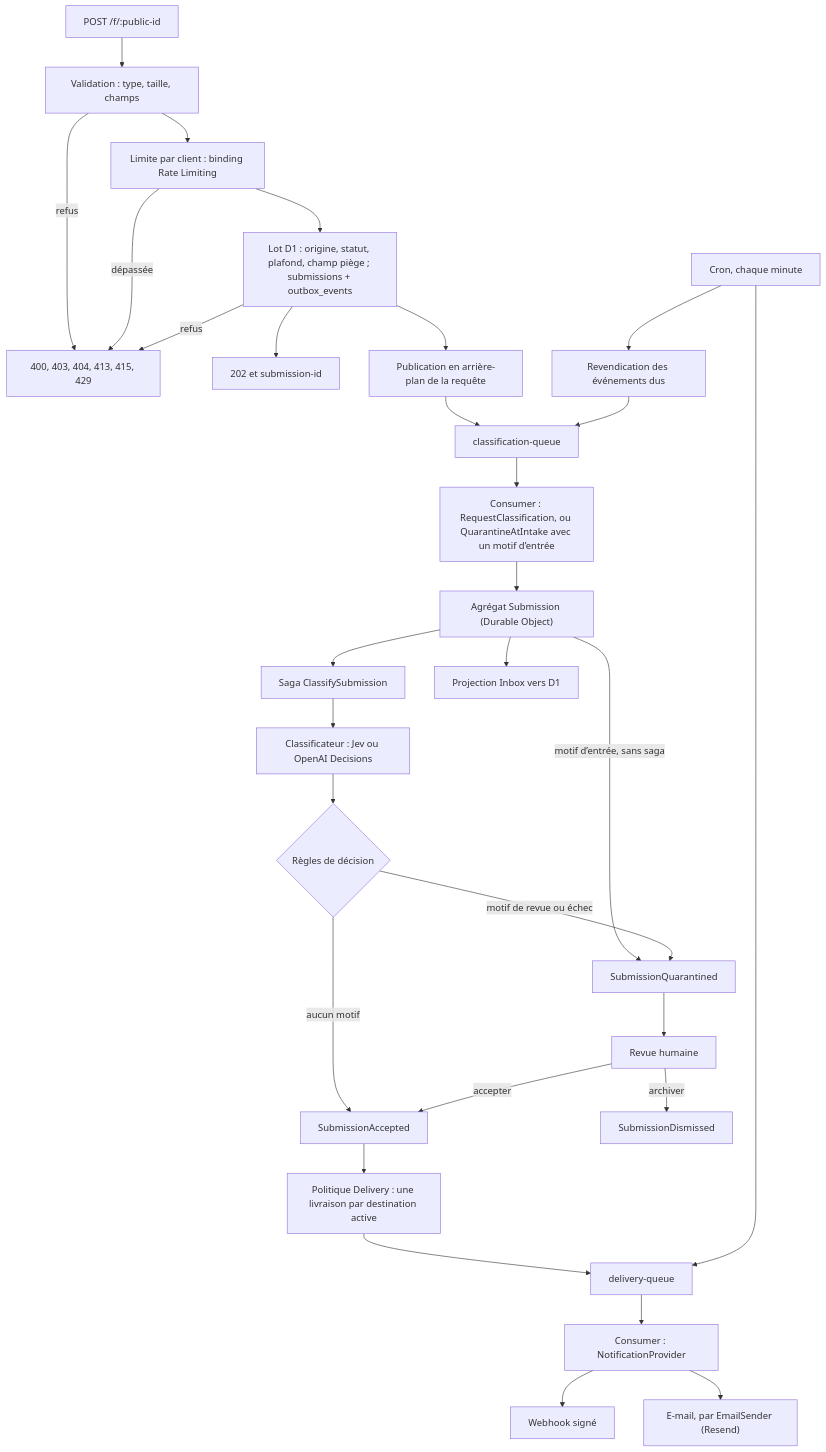
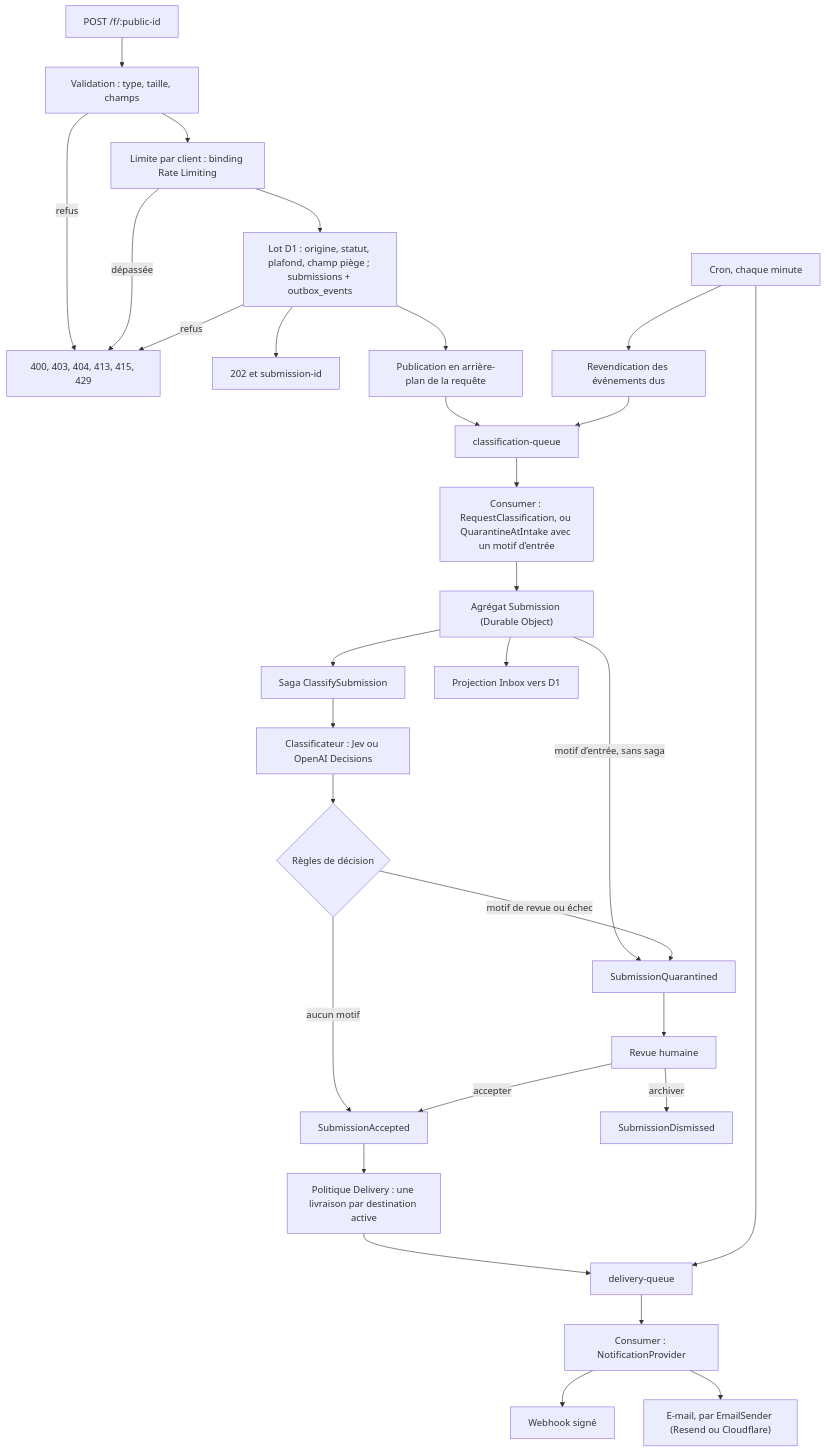
Before and after one commit to basaltbytes/rondyr: the diagram in architecture.md, drawn with Mermaid. The commit also changed other lines of this file and 15 other files, not shown here.

Commit message:
Ajouter Cloudflare Email Sending comme fournisseur par stage

````diff
--- a/architecture.md
+++ b/architecture.md
@@ -74,32 +74,32 @@
 ```mermaid
 flowchart TD
   A["POST /f/:public-id"] --> B["Validation : type, taille, champs"]
   B -->|refus| C["400, 403, 404, 413, 415, 429"]
   B --> Y["Limite par client : binding Rate Limiting"]
   Y -->|dépassée| C
   Y --> D["Lot D1 : origine, statut, plafond, champ piège ; submissions + outbox_events"]
   D -->|refus| C
   D --> E["202 et submission-id"]
   D --> T["Publication en arrière-plan de la requête"]
   T --> H["classification-queue"]
   F["Cron, chaque minute"] --> G["Revendication des événements dus"]
   G --> H
   H --> I["Consumer : RequestClassification, ou QuarantineAtIntake avec un motif d’entrée"]
   I --> J["Agrégat Submission (Durable Object)"]
   J --> K["Saga ClassifySubmission"]
   J -->|motif d’entrée, sans saga| O
   K --> L["Classificateur : Jev ou OpenAI Decisions"]
   L --> M{"Règles de décision"}
   M -->|aucun motif| N["SubmissionAccepted"]
   M -->|motif de revue ou échec| O["SubmissionQuarantined"]
   O --> P["Revue humaine"]
   P -->|accepter| N
   P -->|archiver| Q["SubmissionDismissed"]
   J --> R["Projection Inbox vers D1"]
   N --> S["Politique Delivery : une livraison par destination active"]
   S --> U["delivery-queue"]
   F --> U
   U --> V["Consumer : NotificationProvider"]
   V --> W["Webhook signé"]
-  V --> X["E-mail, par EmailSender (Resend)"]
+  V --> X["E-mail, par EmailSender (Resend ou Cloudflare)"]
 ```
````
